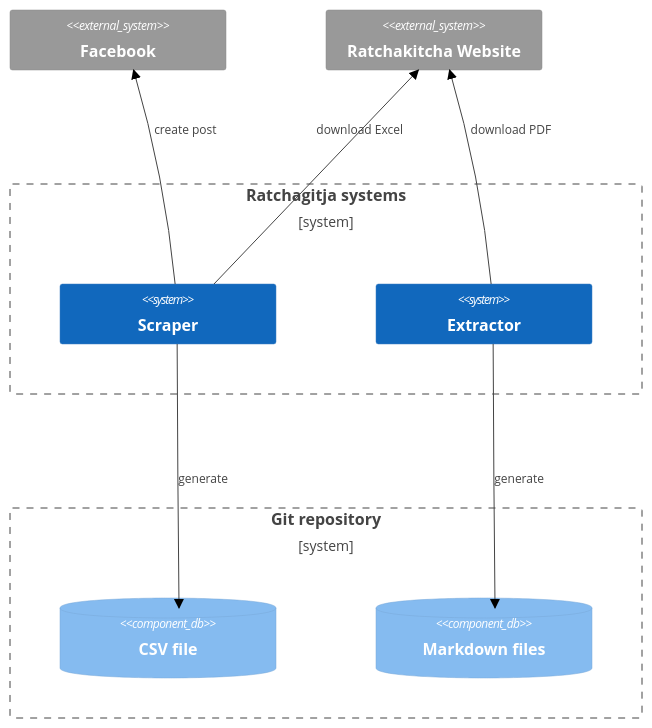
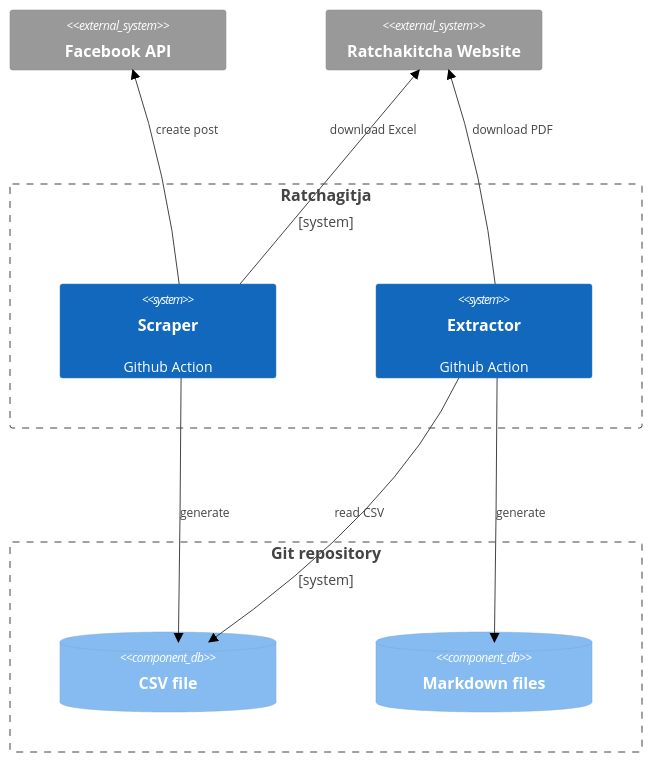
One commit to narze/ratchagitja.md changed the first of 2 diagrams in README.md. Above: the diagram before and after it, drawn with Mermaid (neutral theme). The commit also changed other lines of this file, not shown here.

Commit message:
docs: fix typo at README.md
- fix typo at README.md

````diff
--- a/README.md
+++ b/README.md
@@ -29,22 +29,23 @@
 ```mermaid
 C4Component
-  System_Ext(facebook, "Facebook")
+  System_Ext(facebook, "Facebook API")
   System_Ext(ratchakitcha, "Ratchakitcha Website")
-  Boundary(b1, "Ratchagitja systems") {
-    System(scraper, "Scraper")
-    System(extractor, "Extractor")
+  Boundary(b1, "Ratchagitja") {
+    System(scraper, "Scraper", "Github Action")
+    System(extractor, "Extractor", "Github Action")
   }
   Boundary(b2, "Git repository") {
     ComponentDb(csv, "CSV file")
     ComponentDb(markdown, "Markdown files")
   }
   Rel(scraper, ratchakitcha, "download Excel")
   UpdateRelStyle(scraper, ratchakitcha, $offsetY="-50")
   Rel(scraper, facebook, "create post")
   UpdateRelStyle(scraper, facebook, $offsetY="-50")
   Rel(scraper, csv, "generate")
+  Rel(extractor, csv, "read CSV")
   Rel(extractor, ratchakitcha, "download PDF")
   UpdateRelStyle(extractor, ratchakitcha, $offsetY="-50")
   Rel(extractor, markdown, "generate")
   UpdateLayoutConfig($c4ShapeInRow="2", $c4BoundaryInRow="1")
 ```
````
